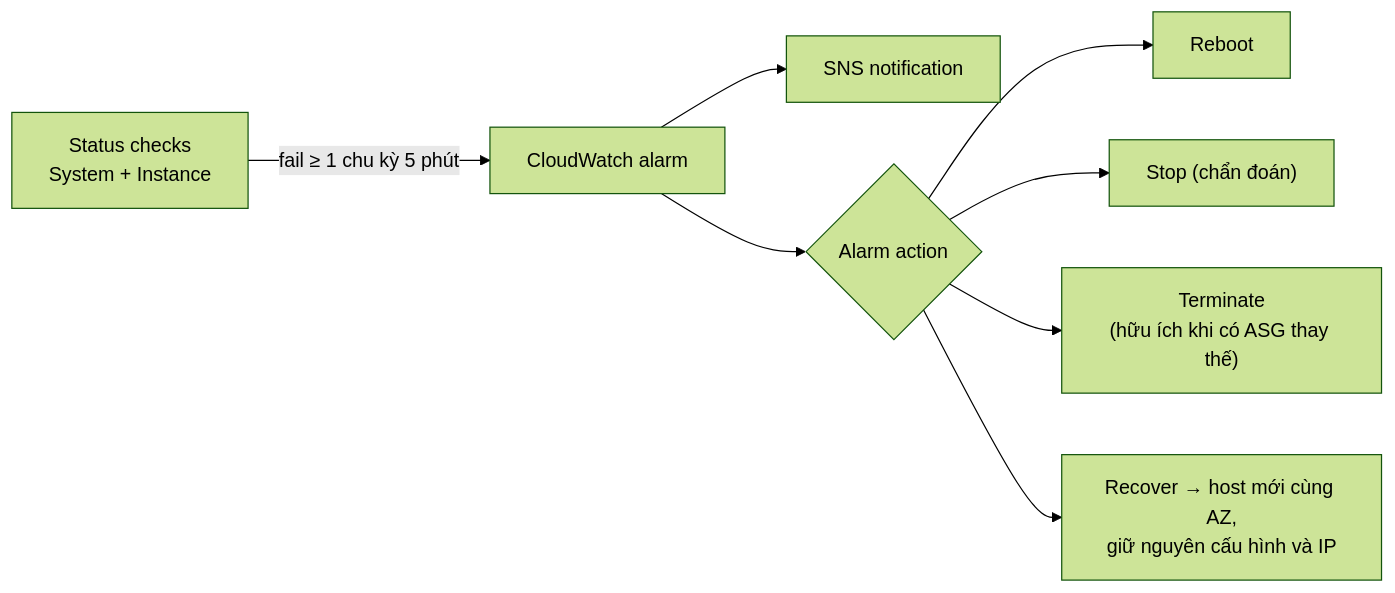
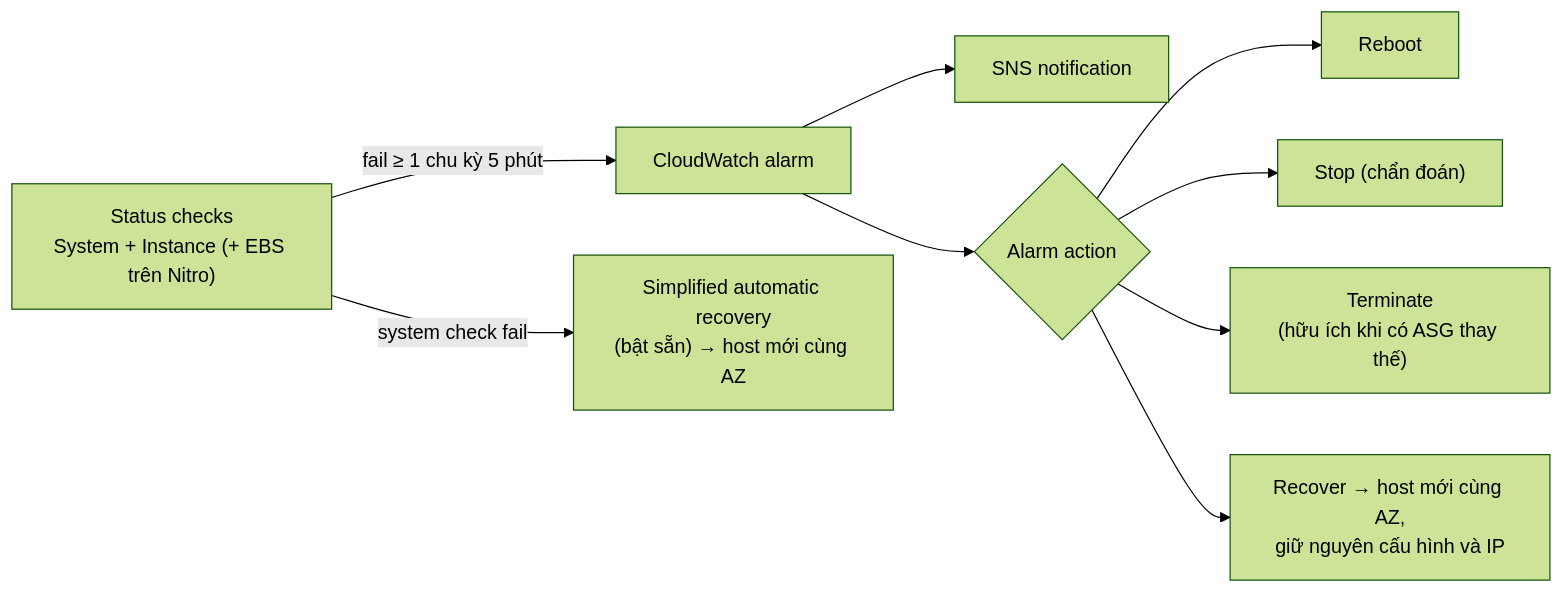
Before and after one commit to hairbui76/aws-saa-c03: the diagram in data/07 EC2/EC2 Status Checks and Auto Recovery.md, drawn with Mermaid (forest theme). The commit also changed other lines of this file and 81 other files, not shown here.

````diff
--- a/data/07 EC2/EC2 Status Checks and Auto Recovery.md
+++ b/data/07 EC2/EC2 Status Checks and Auto Recovery.md
@@ -49,10 +51,11 @@
 ```mermaid
 flowchart LR
-  SC["Status checks<br/>System + Instance"] -->|"fail ≥ 1 chu kỳ 5 phút"| CW["CloudWatch alarm"]
+  SC["Status checks<br/>System + Instance (+ EBS trên Nitro)"] -->|"fail ≥ 1 chu kỳ 5 phút"| CW["CloudWatch alarm"]
+  SC -->|"system check fail"| AR["Simplified automatic recovery<br/>(bật sẵn) → host mới cùng AZ"]
   CW --> SNS["SNS notification"]
   CW --> ACT{"Alarm action"}
   ACT --> R1["Reboot"]
   ACT --> R2["Stop (chẩn đoán)"]
   ACT --> R3["Terminate<br/>(hữu ích khi có ASG thay thế)"]
   ACT --> R4["Recover → host mới cùng AZ,<br/>giữ nguyên cấu hình và IP"]
 ```
````
